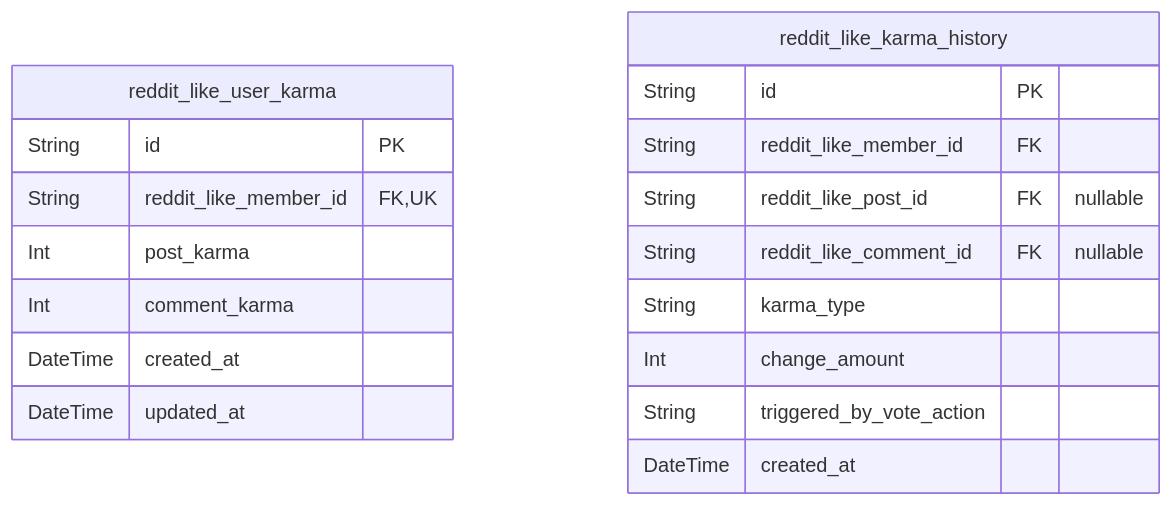
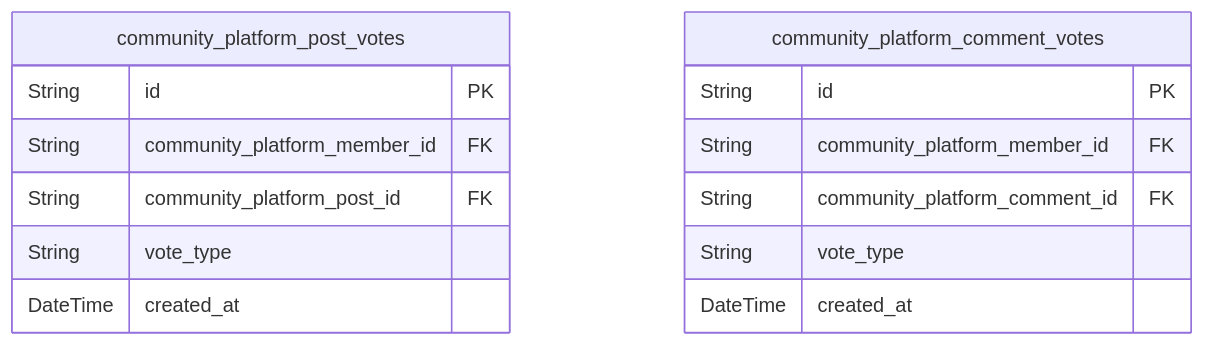
The fifth of 7 diagrams in anthropic/claude-sonnet-4.5/reddit/docs/ERD.md (wrtnlabs/autobe-examples), drawn with Mermaid before and after one commit. The commit also changed other lines of this file and 16146 other files, not shown here.

````diff
--- a/anthropic/claude-sonnet-4.5/reddit/docs/ERD.md
+++ b/anthropic/claude-sonnet-4.5/reddit/docs/ERD.md
@@ -1136,21 +780,17 @@
 ```mermaid
 erDiagram
-"reddit_like_user_karma" {
+"community_platform_post_votes" {
   String id PK
-  String reddit_like_member_id FK,UK
-  Int post_karma
-  Int comment_karma
+  String community_platform_member_id FK
+  String community_platform_post_id FK
+  String vote_type
   DateTime created_at
-  DateTime updated_at
 }
-"reddit_like_karma_history" {
+"community_platform_comment_votes" {
   String id PK
-  String reddit_like_member_id FK
-  String reddit_like_post_id FK "nullable"
-  String reddit_like_comment_id FK "nullable"
-  String karma_type
-  Int change_amount
-  String triggered_by_vote_action
+  String community_platform_member_id FK
+  String community_platform_comment_id FK
+  String vote_type
   DateTime created_at
 }
 ```
````
